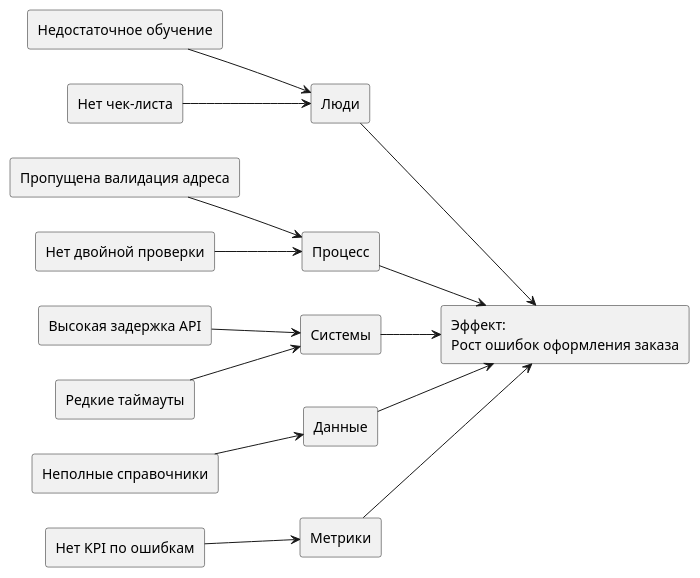
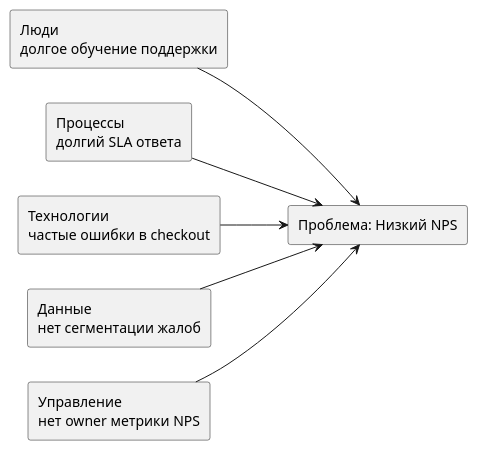
Before and after one commit to iwizy/analyst_kb: the diagram in docs/notations/fishbone-diagram.md, drawn with PlantUML. The commit also changed other lines of this file and 20 other files, not shown here.

````diff
--- a/docs/notations/fishbone-diagram.md
+++ b/docs/notations/fishbone-diagram.md
@@ -28,38 +45,17 @@
 ```kroki-plantuml
 @startuml
 left to right direction
-rectangle "Эффект:\nРост ошибок оформления заказа" as Effect
-rectangle "Люди" as People
-rectangle "Процесс" as Process
-rectangle "Системы" as Systems
-rectangle "Данные" as Data
-rectangle "Метрики" as Metrics
+rectangle "Проблема: Низкий NPS" as P
+rectangle "Люди\nдолгое обучение поддержки" as C1
+rectangle "Процессы\nдолгий SLA ответа" as C2
+rectangle "Технологии\nчастые ошибки в checkout" as C3
+rectangle "Данные\nнет сегментации жалоб" as C4
+rectangle "Управление\nнет owner метрики NPS" as C5
 
-People --> Effect
-Process --> Effect
-Systems --> Effect
-Data --> Effect
-Metrics --> Effect
-
-rectangle "Недостаточное обучение" as P1
-rectangle "Нет чек-листа" as P2
-P1 --> People
-P2 --> People
-
-rectangle "Пропущена валидация адреса" as Pr1
-rectangle "Нет двойной проверки" as Pr2
-Pr1 --> Process
-Pr2 --> Process
-
-rectangle "Высокая задержка API" as S1
-rectangle "Редкие таймауты" as S2
-S1 --> Systems
-S2 --> Systems
-
-rectangle "Неполные справочники" as D1
-D1 --> Data
-
-rectangle "Нет KPI по ошибкам" as M1
-M1 --> Metrics
+C1 --> P
+C2 --> P
+C3 --> P
+C4 --> P
+C5 --> P
 @enduml
 ```
````
